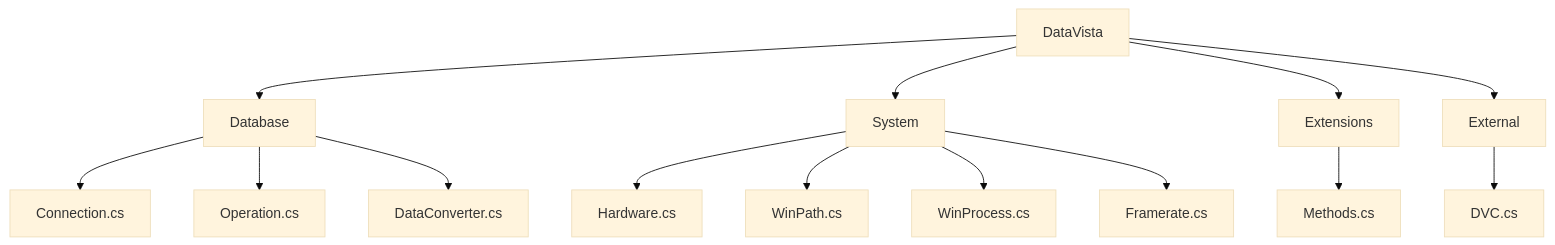
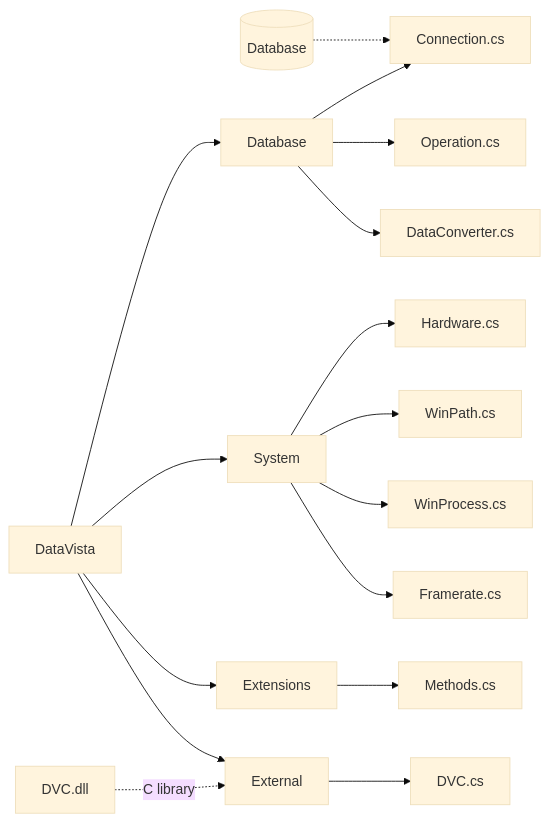
One commit to grimy86/DataVista changed the diagram in README.md. Above: the diagram before and after it, drawn with Mermaid (base theme).

````diff
--- a/README.md
+++ b/README.md
@@ -49,16 +49,24 @@
 ```mermaid
-graph TD;
+graph LR;
+	SQL[(Database)] -.-> Connection.cs
+
 	DataVista --> Database
 	DataVista --> System
 	DataVista --> Extensions
 	DataVista --> External
+	
 	Database --> Connection.cs
 	Database --> Operation.cs
 	Database --> DataConverter.cs
+	
 	System --> Hardware.cs
 	System --> WinPath.cs
 	System --> WinProcess.cs
 	System --> Framerate.cs
+	
 	Extensions --> Methods.cs
+	
 	External --> DVC.cs
+	
+	DVC.dll -. C library.-> External
 ```
````
